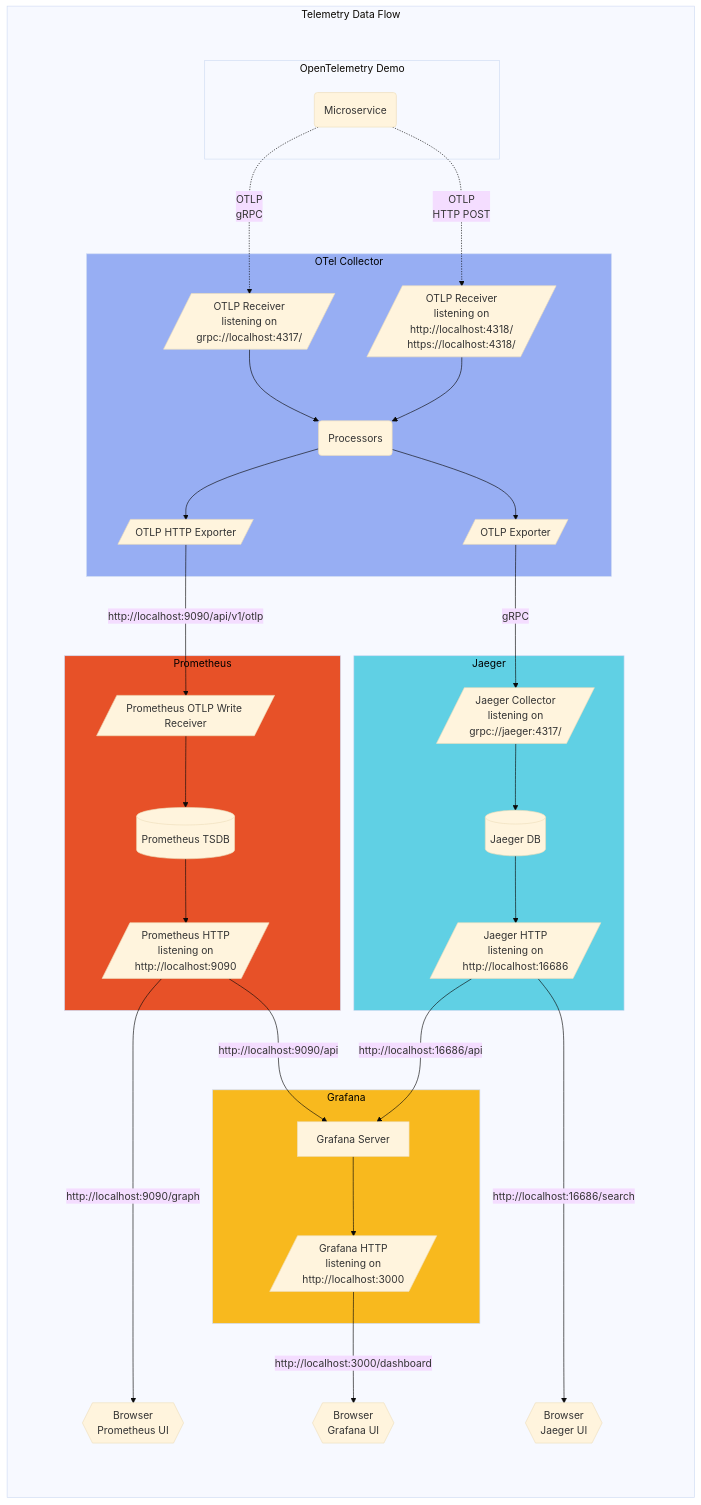
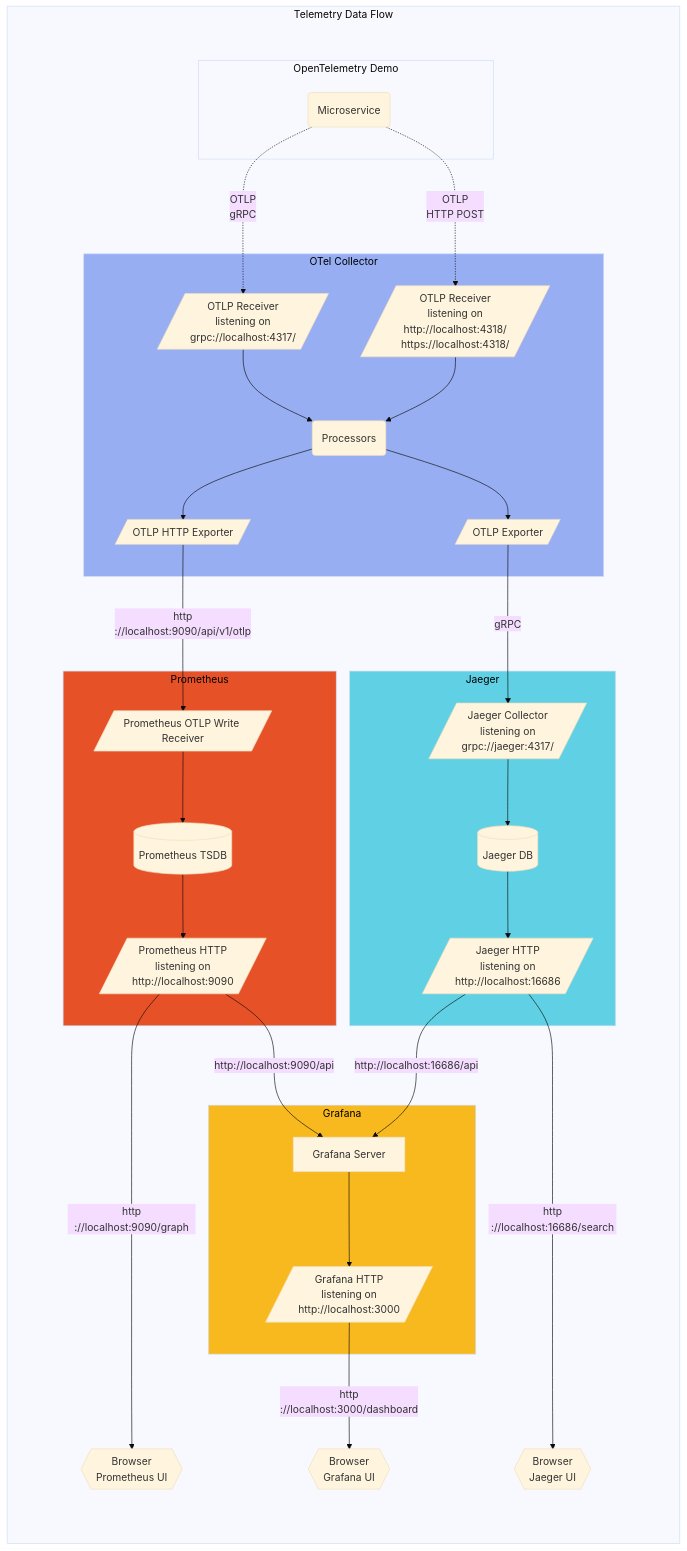
Before and after one commit to open-telemetry/opentelemetry.io: the third of 3 diagrams in content/en/docs/demo/architecture.md, drawn with Mermaid (base theme).

Commit message:
Fix non rendering of http urls in architecture.md

````diff
--- a/content/en/docs/demo/architecture.md
+++ b/content/en/docs/demo/architecture.md
@@ -116,73 +116,73 @@
 ```mermaid
 graph TB
 subgraph tdf[Telemetry Data Flow]
     subgraph subgraph_padding [ ]
         style subgraph_padding fill:none,stroke:none;
         %% padding to stop the titles clashing
         subgraph od[OpenTelemetry Demo]
         ms(Microservice)
         end
 
         ms -.->|"OTLP<br/>gRPC"| oc-grpc
         ms -.->|"OTLP<br/>HTTP POST"| oc-http
 
         subgraph oc[OTel Collector]
             style oc fill:#97aef3,color:black;
             oc-grpc[/"OTLP Receiver<br/>listening on<br/>grpc://localhost:4317/"/]
-            oc-http[/"OTLP Receiver<br/>listening on <br/>http://localhost:4318/<br/>https://localhost:4318/"/]
+            oc-http[/"OTLP Receiver<br/>listening on <br/>http​://localhost:4318/<br/>https://localhost:4318/"/]
             oc-proc(Processors)
             oc-prom[/"OTLP HTTP Exporter"/]
             oc-otlp[/"OTLP Exporter"/]
 
             oc-grpc --> oc-proc
             oc-http --> oc-proc
 
             oc-proc --> oc-prom
             oc-proc --> oc-otlp
         end
 
-        oc-prom -->|"http://localhost:9090/api/v1/otlp"| pr-sc
+        oc-prom -->|"http​://localhost:9090/api/v1/otlp"| pr-sc
         oc-otlp -->|gRPC| ja-col
 
         subgraph pr[Prometheus]
             style pr fill:#e75128,color:black;
             pr-sc[/"Prometheus OTLP Write Receiver"/]
             pr-tsdb[(Prometheus TSDB)]
-            pr-http[/"Prometheus HTTP<br/>listening on<br/>http://localhost:9090"/]
+            pr-http[/"Prometheus HTTP<br/>listening on<br/>http​://localhost:9090"/]
 
             pr-sc --> pr-tsdb
             pr-tsdb --> pr-http
         end
 
         pr-b{{"Browser<br/>Prometheus UI"}}
-        pr-http ---->|"http://localhost:9090/graph"| pr-b
+        pr-http ---->|"http​://localhost:9090/graph"| pr-b
 
         subgraph ja[Jaeger]
             style ja fill:#60d0e4,color:black;
             ja-col[/"Jaeger Collector<br/>listening on<br/>grpc://jaeger:4317/"/]
             ja-db[(Jaeger DB)]
-            ja-http[/"Jaeger HTTP<br/>listening on<br/>http://localhost:16686"/]
+            ja-http[/"Jaeger HTTP<br/>listening on<br/>http​://localhost:16686"/]
 
             ja-col --> ja-db
             ja-db --> ja-http
         end
 
         subgraph gr[Grafana]
             style gr fill:#f8b91e,color:black;
             gr-srv["Grafana Server"]
-            gr-http[/"Grafana HTTP<br/>listening on<br/>http://localhost:3000"/]
+            gr-http[/"Grafana HTTP<br/>listening on<br/>http​://localhost:3000"/]
 
             gr-srv --> gr-http
         end
 
-        pr-http --> |"http://localhost:9090/api"| gr-srv
-        ja-http --> |"http://localhost:16686/api"| gr-srv
+        pr-http --> |"http​://localhost:9090/api"| gr-srv
+        ja-http --> |"http​://localhost:16686/api"| gr-srv
 
         ja-b{{"Browser<br/>Jaeger UI"}}
-        ja-http ---->|"http://localhost:16686/search"| ja-b
+        ja-http ---->|"http​://localhost:16686/search"| ja-b
 
         gr-b{{"Browser<br/>Grafana UI"}}
-        gr-http -->|"http://localhost:3000/dashboard"| gr-b
+        gr-http -->|"http​://localhost:3000/dashboard"| gr-b
     end
 end
 ```
````
